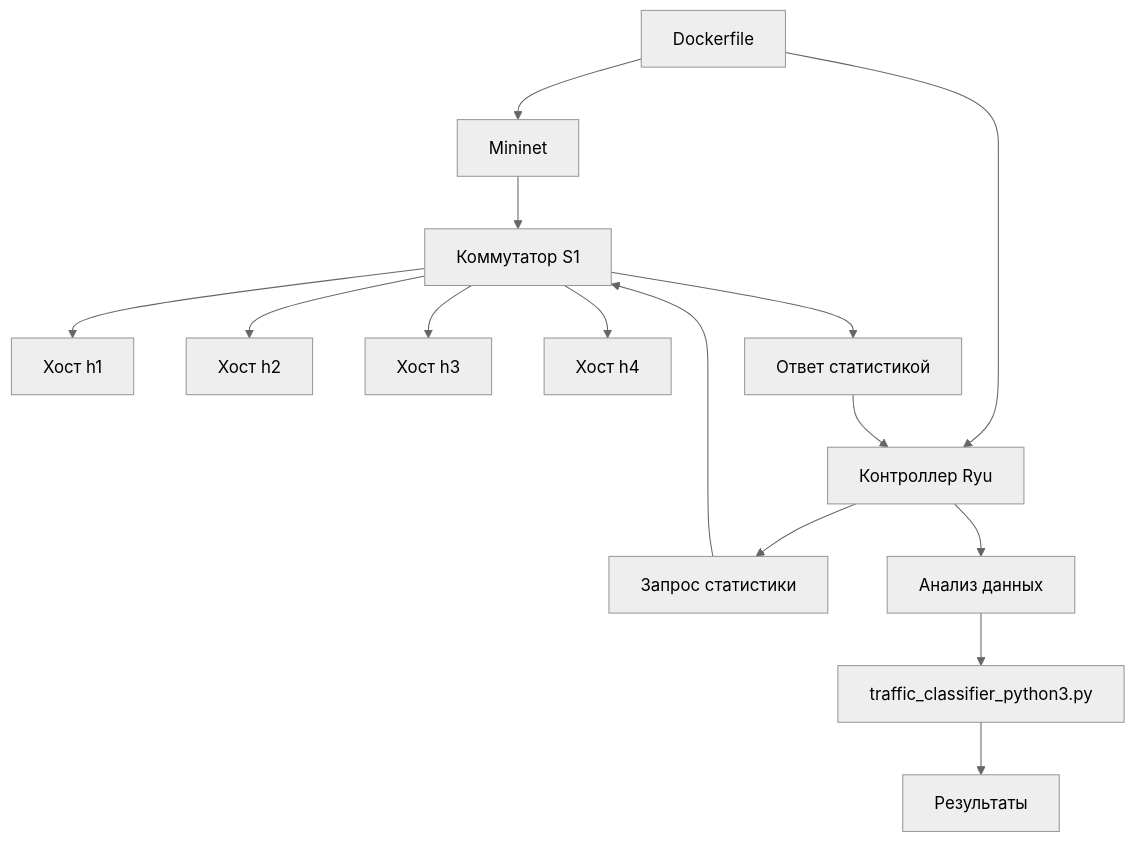
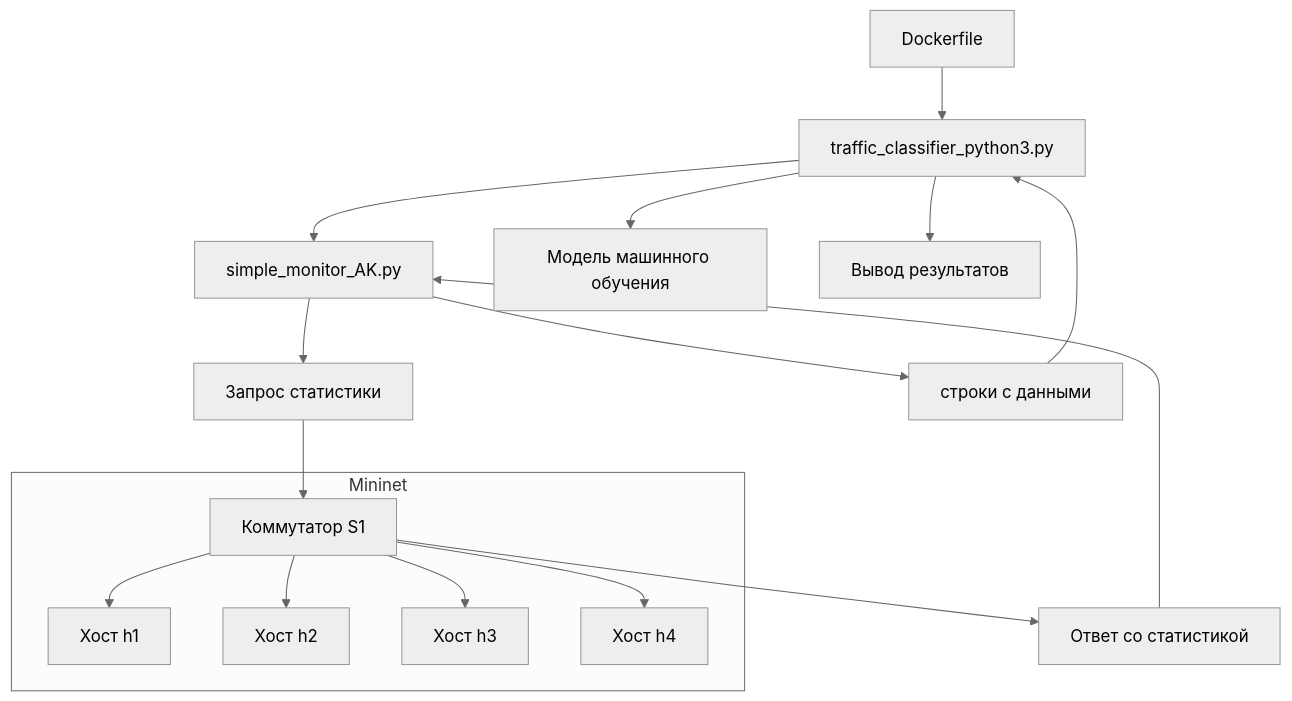
The first of 2 diagrams in README.md (kartavu/Diplom), drawn with Mermaid (neutral theme) before and after one commit.

````diff
--- a/README.md
+++ b/README.md
@@ -56,18 +56,23 @@
 ```mermaid
 graph TD
-    Dockerfile --> Mininet
-    Mininet --> S1[Коммутатор S1]
-    S1 --> H1[Хост h1]
-    S1 --> H2[Хост h2]
-    S1 --> H3[Хост h3]
-    S1 --> H4[Хост h4]
+    A[Dockerfile] --> B[traffic_classifier_python3.py]
+    
+    B --> C[simple_monitor_AK.py]
+    B --> D[Модель машинного обучения]
+    B --> H[Вывод результатов]
 
-    Dockerfile --> Ryu[Контроллер Ryu]
-    Ryu --> Req[Запрос статистики]
-    Req --> S1
-    S1 --> Resp[Ответ статистикой]
-    Resp --> Ryu
-    Ryu --> Analysis[Анализ данных]
-    Analysis --> Classifier[traffic_classifier_python3.py]
-    Classifier --> Results[Результаты]
+    C --> E[Запрос статистики]
+    E --> S1[Коммутатор S1]
+    S1 --> F[Ответ со статистикой]
+    F --> C
+
+    C --> G[строки с данными]
+    G --> B
+
+    subgraph Mininet
+        S1 --> H1[Хост h1]
+        S1 --> H2[Хост h2]
+        S1 --> H3[Хост h3]
+        S1 --> H4[Хост h4]
+    end
 ```
````
